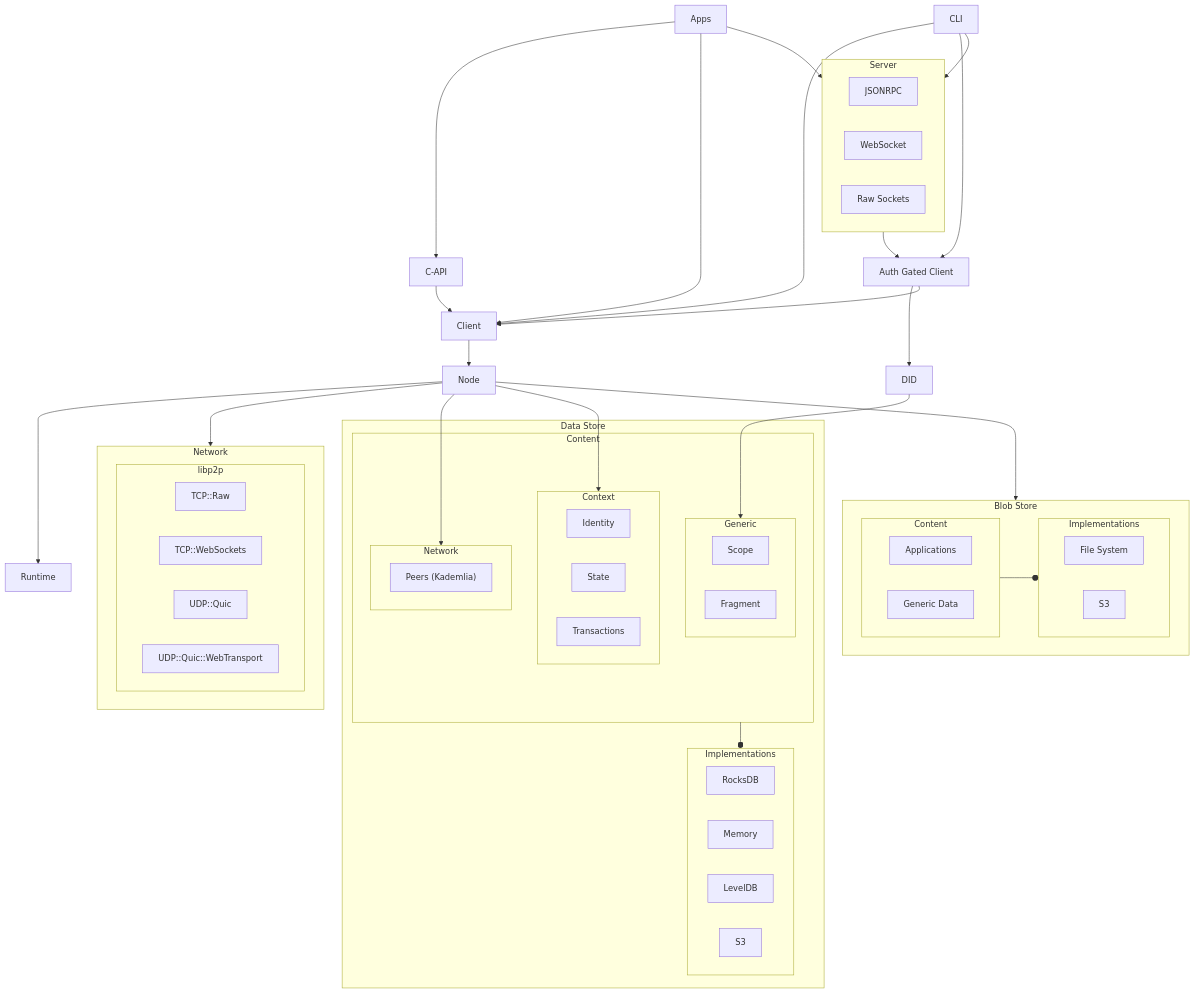
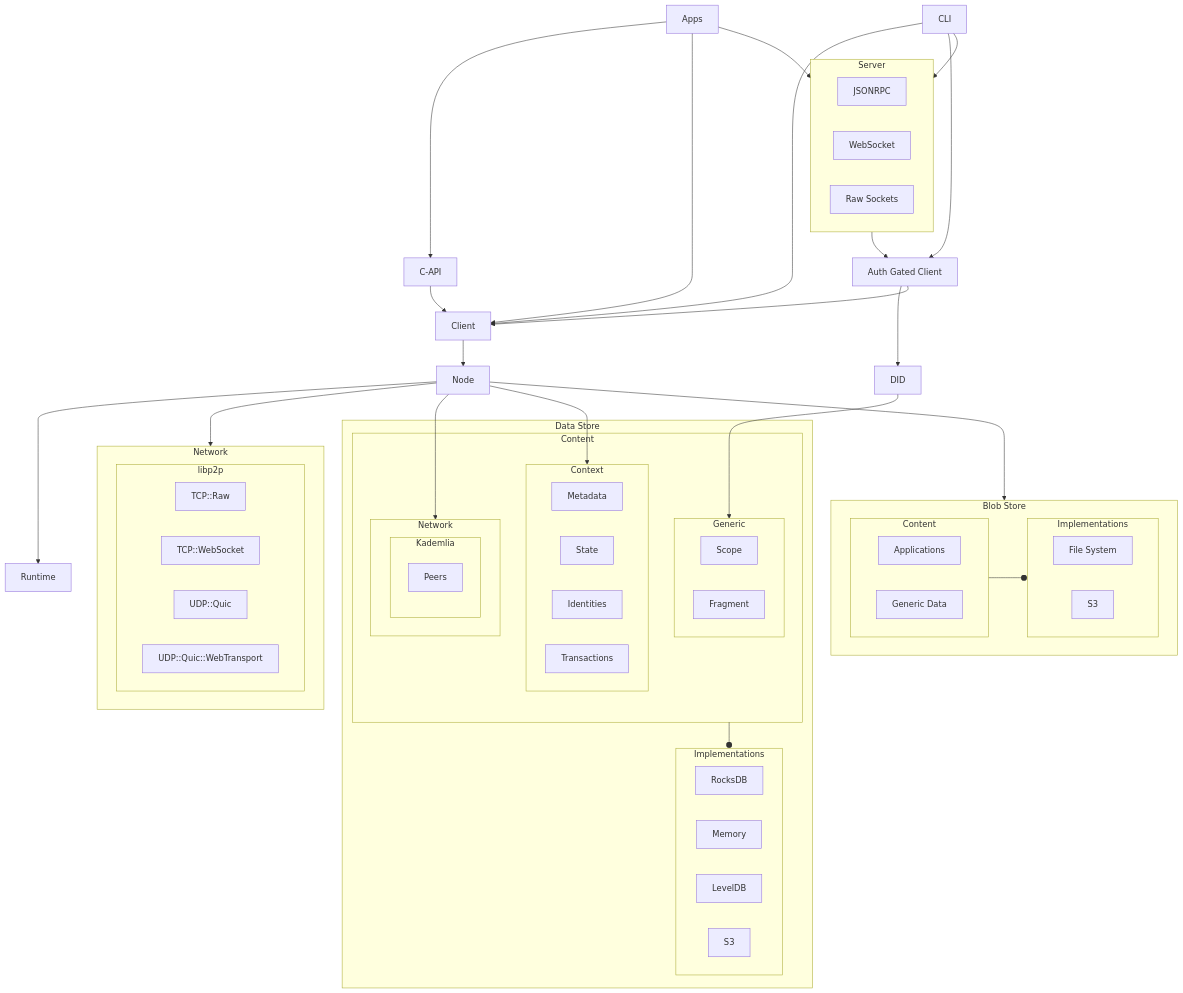
One commit to calimero-network/core changed the diagram in README.mdx. Above: the diagram before and after it, drawn with Mermaid.

Commit message:
encapsulate networking

````diff
--- a/README.mdx
+++ b/README.mdx
@@ -76,73 +76,77 @@
 ```mermaid
 flowchart TD
  subgraph DatastoreImpl["Implementations"]
         rdb["RocksDB"]
         mem["Memory"]
         lvl["LevelDB"]
         s3["S3"]
   end
  subgraph ctx["Context"]
     direction LR
-        id["Identity"]
+        me["Metadata"]
         st["State"]
+        id["Identities"]
         tx["Transactions"]
+  end
+ subgraph kad["Kademlia"]
+        pe["Peers"]
   end
  subgraph net["Network"]
     direction LR
-        peers["Peers (Kademlia)"]
+        kad
   end
  subgraph gen["Generic"]
     direction LR
         sc["Scope"]
         fr["Fragment"]
   end
  subgraph DatastoreWrapper["Content"]
         ctx
         net
         gen
   end
  subgraph Datastore["Data Store"]
         DatastoreWrapper
         DatastoreImpl
   end
  subgraph BlobstoreImpl["Implementations"]
     direction LR
         fs["File System"]
         blobS3["S3"]
   end
  subgraph BlobstoreWrapper["Content"]
     direction LR
         apps["Applications"]
         genData["Generic Data"]
   end
  subgraph Blobstore["Blob Store"]
         BlobstoreWrapper
         BlobstoreImpl
   end
  subgraph Server["Server"]
     direction LR
         jrpc["JSONRPC"]
         ws["WebSocket"]
         raw["Raw Sockets"]
   end
  subgraph libp2p["libp2p"]
     direction LR
         tcp["TCP::Raw"]
-        tcpws["TCP::WebSockets"]
+        tcpws["TCP::WebSocket"]
         udpqc["UDP::Quic"]
         udpqcwt["UDP::Quic::WebTransport"]
   end
  subgraph Network["Network"]
         libp2p
   end
     DatastoreWrapper --o DatastoreImpl
     BlobstoreWrapper --o BlobstoreImpl
     client["Client"] --> node["Node"]
     applications["Apps"] --> capi["C-API"] & client & Server
     capi --> client
     cli["CLI"] --> Server & client & auth["Auth Gated Client"]
     Server --> auth
     auth --> did["DID"] & client
     did --> gen
     node --> Network & runtime["Runtime"] & net & ctx & Blobstore
 ```
````
